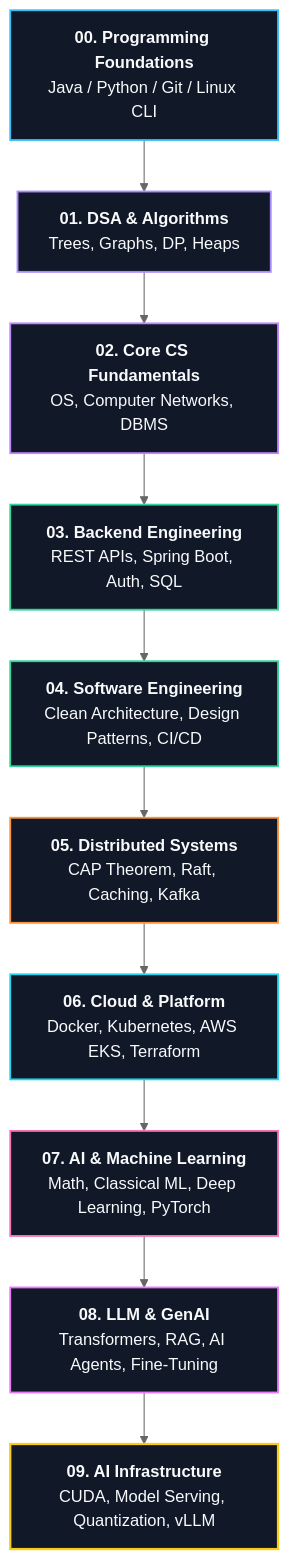
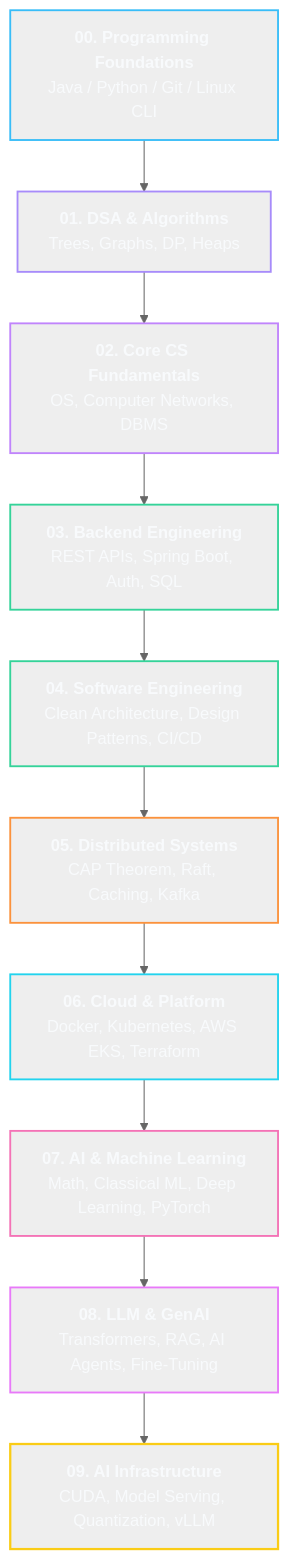
One commit to abhinavbharti2345/CS_Notes changed the diagram in BrainOS/00 - BrainOS Dashboard.md. Above: the diagram before and after it, drawn with Mermaid (neutral theme). The commit also changed 26 other files, not shown here.

Commit message:
feat: initialize BrainOS knowledge base with foundational curriculum and roadmap notes

````diff
--- a/BrainOS/00 - BrainOS Dashboard.md
+++ b/BrainOS/00 - BrainOS Dashboard.md
@@ -33,23 +33,23 @@
 ```mermaid
 flowchart TD
     P0["<b>00. Programming Foundations</b><br/>Java / Python / Git / Linux CLI"] --> P1["<b>01. DSA & Algorithms</b><br/>Trees, Graphs, DP, Heaps"]
     P1 --> P2["<b>02. Core CS Fundamentals</b><br/>OS, Computer Networks, DBMS"]
     P2 --> P3["<b>03. Backend Engineering</b><br/>REST APIs, Spring Boot, Auth, SQL"]
     P3 --> P4["<b>04. Software Engineering</b><br/>Clean Architecture, Design Patterns, CI/CD"]
     P4 --> P5["<b>05. Distributed Systems</b><br/>CAP Theorem, Raft, Caching, Kafka"]
     P5 --> P6["<b>06. Cloud & Platform</b><br/>Docker, Kubernetes, AWS EKS, Terraform"]
     P6 --> P7["<b>07. AI & Machine Learning</b><br/>Math, Classical ML, Deep Learning, PyTorch"]
     P7 --> P8["<b>08. LLM & GenAI</b><br/>Transformers, RAG, AI Agents, Fine-Tuning"]
     P8 --> P9["<b>09. AI Infrastructure</b><br/>CUDA, Model Serving, Quantization, vLLM"]
 
-    style P0 fill:#111827,stroke:#38BDF8,stroke-width:1.8px,color:#F8FAFC
-    style P1 fill:#111827,stroke:#A78BFA,stroke-width:1.8px,color:#F8FAFC
-    style P2 fill:#111827,stroke:#C084FC,stroke-width:1.8px,color:#F8FAFC
-    style P3 fill:#111827,stroke:#34D399,stroke-width:1.8px,color:#F8FAFC
-    style P4 fill:#111827,stroke:#34D399,stroke-width:1.8px,color:#F8FAFC
-    style P5 fill:#111827,stroke:#FB923C,stroke-width:1.8px,color:#F8FAFC
-    style P6 fill:#111827,stroke:#22D3EE,stroke-width:1.8px,color:#F8FAFC
-    style P7 fill:#111827,stroke:#F472B6,stroke-width:1.8px,color:#F8FAFC
-    style P8 fill:#111827,stroke:#E879F9,stroke-width:1.8px,color:#F8FAFC
-    style P9 fill:#111827,stroke:#FACC15,stroke-width:2.2px,color:#F8FAFC
+    style P0 stroke:#38BDF8,stroke-width:1.8px,color:#F8FAFC
+    style P1 stroke:#A78BFA,stroke-width:1.8px,color:#F8FAFC
+    style P2 stroke:#C084FC,stroke-width:1.8px,color:#F8FAFC
+    style P3 stroke:#34D399,stroke-width:1.8px,color:#F8FAFC
+    style P4 stroke:#34D399,stroke-width:1.8px,color:#F8FAFC
+    style P5 stroke:#FB923C,stroke-width:1.8px,color:#F8FAFC
+    style P6 stroke:#22D3EE,stroke-width:1.8px,color:#F8FAFC
+    style P7 stroke:#F472B6,stroke-width:1.8px,color:#F8FAFC
+    style P8 stroke:#E879F9,stroke-width:1.8px,color:#F8FAFC
+    style P9 stroke:#FACC15,stroke-width:2.2px,color:#F8FAFC
 ```
````
